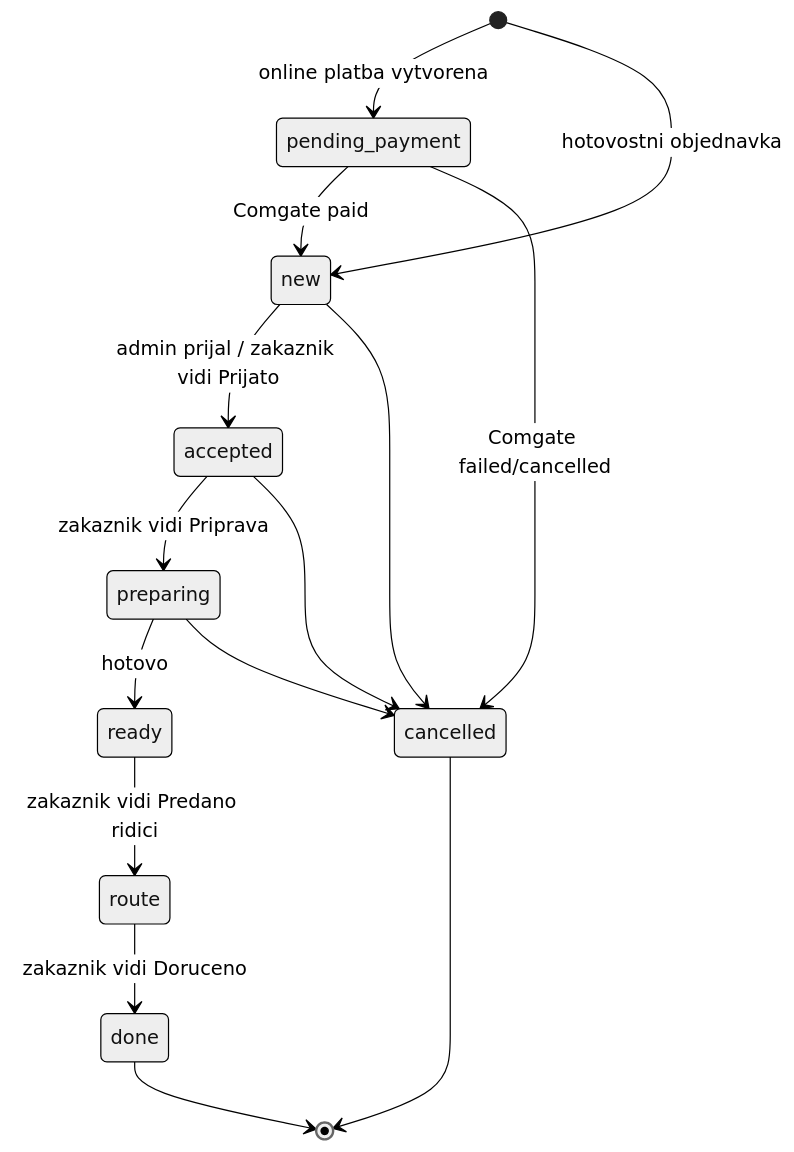
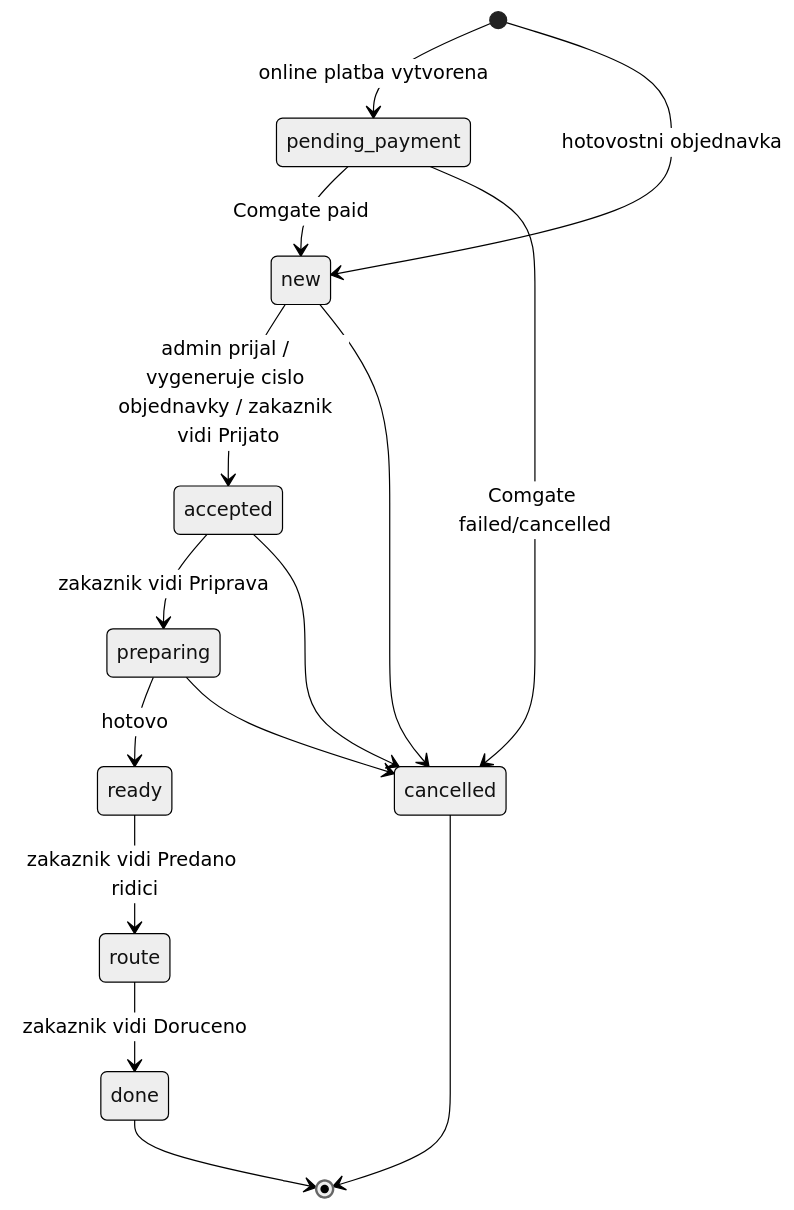
One commit to Poracanin/pizza-bellizzi changed diagram 16 of 18 in ARCHITEKTURA.md. Above: the diagram before and after it, drawn with Mermaid (neutral theme). The commit also changed other lines of this file and 3 other files, not shown here.

````diff
--- a/ARCHITEKTURA.md
+++ b/ARCHITEKTURA.md
@@ -359,21 +732,21 @@
 ```mermaid
 stateDiagram-v2
   [*] --> pending_payment: online platba vytvorena
   [*] --> new: hotovostni objednavka
 
   pending_payment --> new: Comgate paid
   pending_payment --> cancelled: Comgate failed/cancelled
 
-  new --> accepted: admin prijal / zakaznik vidi Prijato
+  new --> accepted: admin prijal / vygeneruje cislo objednavky / zakaznik vidi Prijato
   accepted --> preparing: zakaznik vidi Priprava
   preparing --> ready: hotovo
   ready --> route: zakaznik vidi Predano ridici
   route --> done: zakaznik vidi Doruceno
 
   new --> cancelled
   accepted --> cancelled
   preparing --> cancelled
 
   done --> [*]
   cancelled --> [*]
 ```
````
